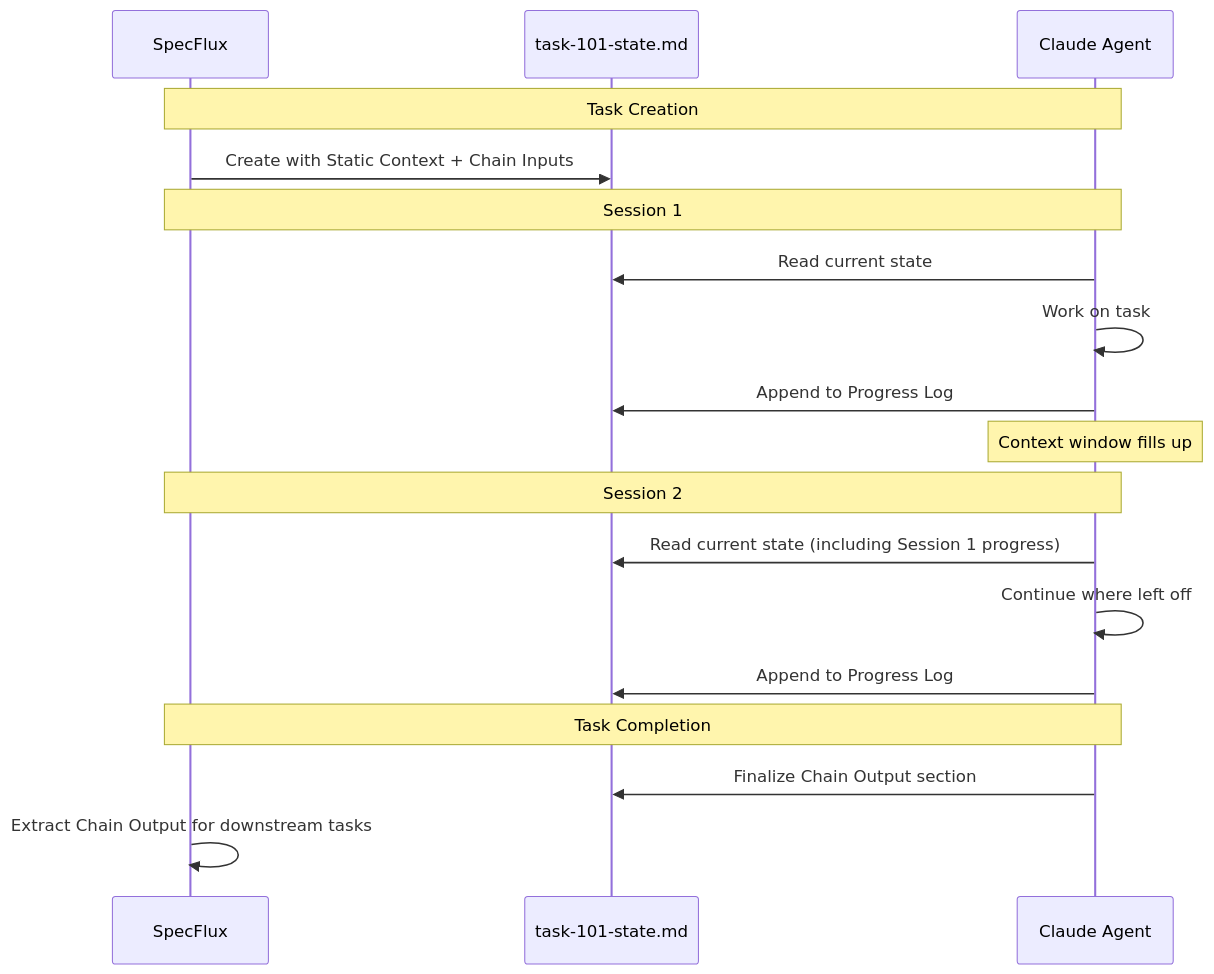
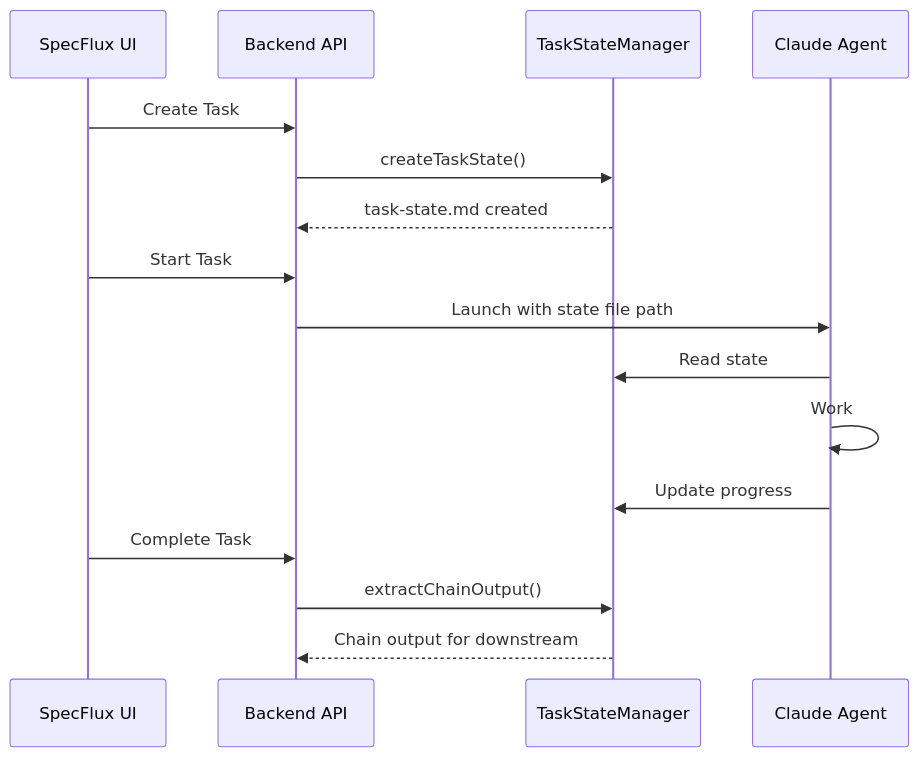
Before and after one commit to cliangdev/specflux: the second of 2 diagrams in docs/research/unified-task-state-design.md, drawn with Mermaid. The commit also changed other lines of this file, not shown here.

First line of the commit message:
docs: restructure unified task state design for clarity

````diff
--- a/docs/research/unified-task-state-design.md
+++ b/docs/research/unified-task-state-design.md
@@ -93,24 +648,21 @@
 ```mermaid
 sequenceDiagram
-    participant SF as SpecFlux
-    participant File as task-101-state.md
+    participant UI as SpecFlux UI
+    participant API as Backend API
+    participant TSM as TaskStateManager
     participant Agent as Claude Agent
 
-    Note over SF,Agent: Task Creation
-    SF->>File: Create with Static Context + Chain Inputs
+    UI->>API: Create Task
+    API->>TSM: createTaskState()
+    TSM-->>API: task-state.md created
 
-    Note over SF,Agent: Session 1
-    Agent->>File: Read current state
-    Agent->>Agent: Work on task
-    Agent->>File: Append to Progress Log
-    Note over Agent: Context window fills up
+    UI->>API: Start Task
+    API->>Agent: Launch with state file path
+    Agent->>TSM: Read state
+    Agent->>Agent: Work
+    Agent->>TSM: Update progress
 
-    Note over SF,Agent: Session 2
-    Agent->>File: Read current state (including Session 1 progress)
-    Agent->>Agent: Continue where left off
-    Agent->>File: Append to Progress Log
-
-    Note over SF,Agent: Task Completion
-    Agent->>File: Finalize Chain Output section
-    SF->>SF: Extract Chain Output for downstream tasks
+    UI->>API: Complete Task
+    API->>TSM: extractChainOutput()
+    TSM-->>API: Chain output for downstream
 ```
````
